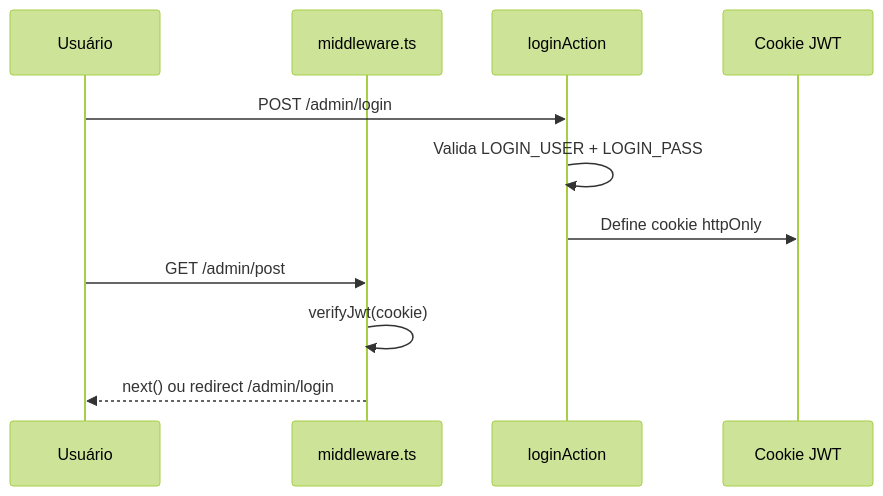
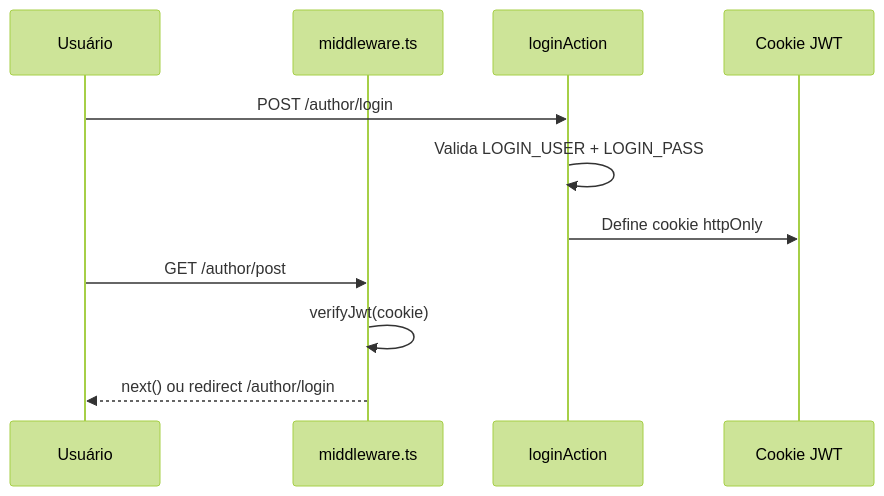
Before and after one commit to PhilippeDi4s/blog-next-react-api: the diagram in README.md, drawn with Mermaid (forest theme). The commit also changed other lines of this file and 14 other files, not shown here.

First line of the commit message:
﻿refactor(author): migrate /admin area to /author (routes, imports, components, middleware, docs)

````diff
--- a/README.md
+++ b/README.md
@@ -310,14 +310,14 @@
 ```mermaid
 sequenceDiagram
     participant U as Usuário
     participant M as middleware.ts
     participant A as loginAction
     participant C as Cookie JWT
 
-    U->>A: POST /admin/login
+    U->>A: POST /author/login
     A->>A: Valida LOGIN_USER + LOGIN_PASS
     A->>C: Define cookie httpOnly
-    U->>M: GET /admin/post
+    U->>M: GET /author/post
     M->>M: verifyJwt(cookie)
-    M-->>U: next() ou redirect /admin/login
+    M-->>U: next() ou redirect /author/login
 ```
````
